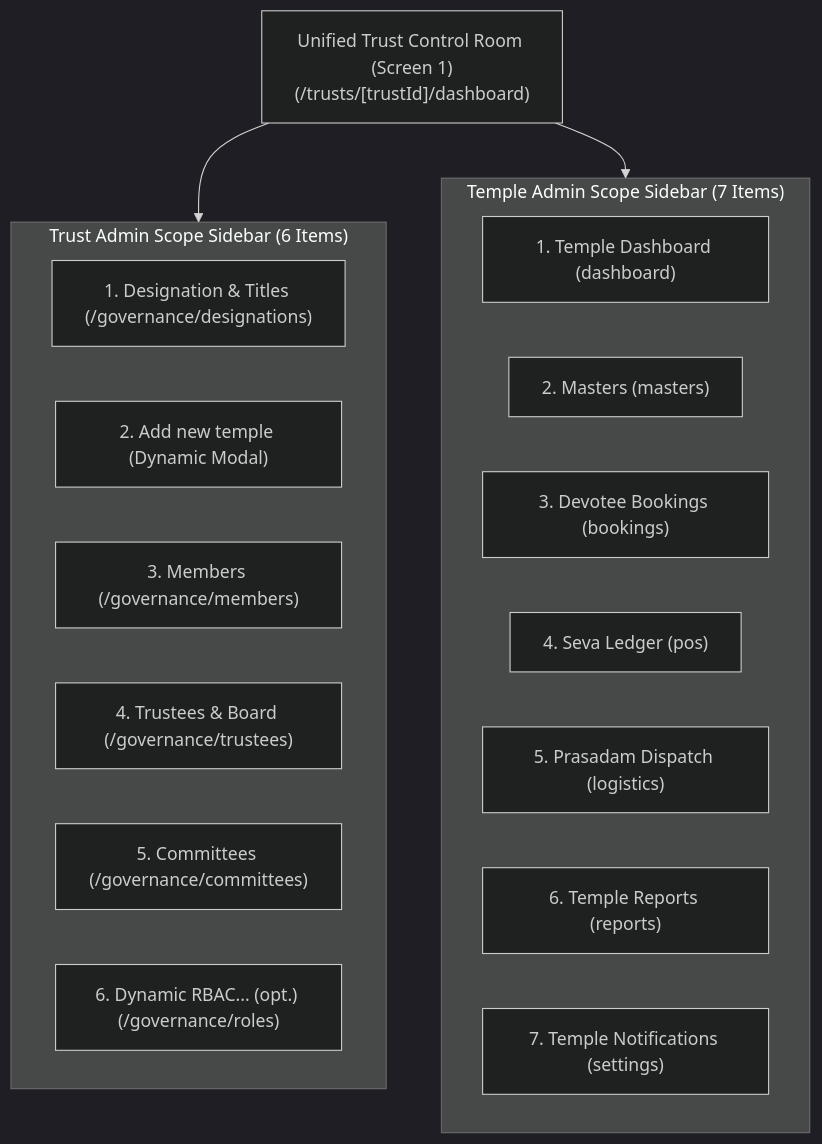
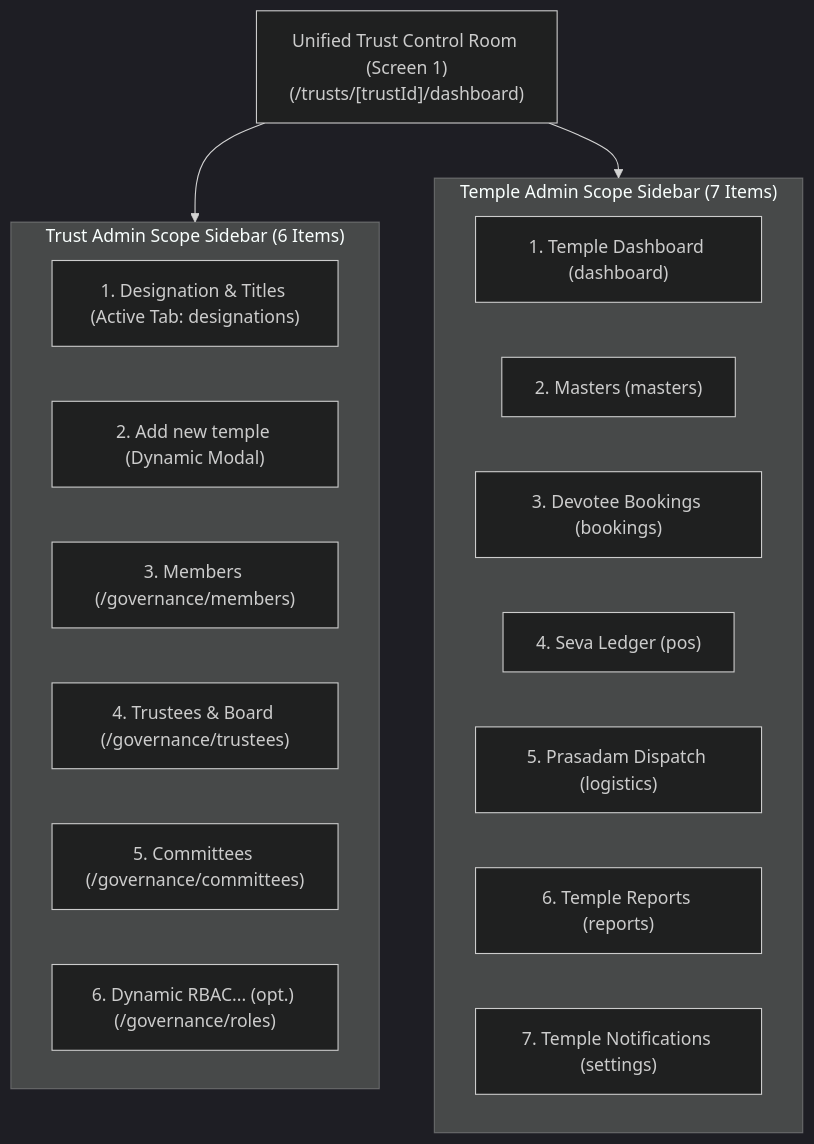
One commit to prahasanp07/sankalpavani-admin-v1 changed the first of 3 diagrams in PROJECT_IMPLEMENTATION_ANALYSIS_REPORT.md. Above: the diagram before and after it, drawn with Mermaid (dark theme). The commit also changed other lines of this file and 23 other files, not shown here.

````diff
--- a/PROJECT_IMPLEMENTATION_ANALYSIS_REPORT.md
+++ b/PROJECT_IMPLEMENTATION_ANALYSIS_REPORT.md
@@ -229,25 +237,25 @@
 ```mermaid
 graph TD
     subgraph TrustAdminScope["Trust Admin Scope Sidebar (6 Items)"]
-        T1["1. Designation & Titles (/governance/designations)"]
+        T1["1. Designation & Titles (Active Tab: designations)"]
         T2["2. Add new temple (Dynamic Modal)"]
         T3["3. Members (/governance/members)"]
         T4["4. Trustees & Board (/governance/trustees)"]
         T5["5. Committees (/governance/committees)"]
         T6["6. Dynamic RBAC... (opt.) (/governance/roles)"]
     end
 
     subgraph TempleAdminScope["Temple Admin Scope Sidebar (7 Items)"]
         M1["1. Temple Dashboard (dashboard)"]
         M2["2. Masters (masters)"]
         M3["3. Devotee Bookings (bookings)"]
         M4["4. Seva Ledger (pos)"]
         M5["5. Prasadam Dispatch (logistics)"]
         M6["6. Temple Reports (reports)"]
         M7["7. Temple Notifications (settings)"]
     end
 
     Dashboard["Unified Trust Control Room (Screen 1)\n(/trusts/[trustId]/dashboard)"]
     Dashboard --> TrustAdminScope
     Dashboard --> TempleAdminScope
 ```
````
